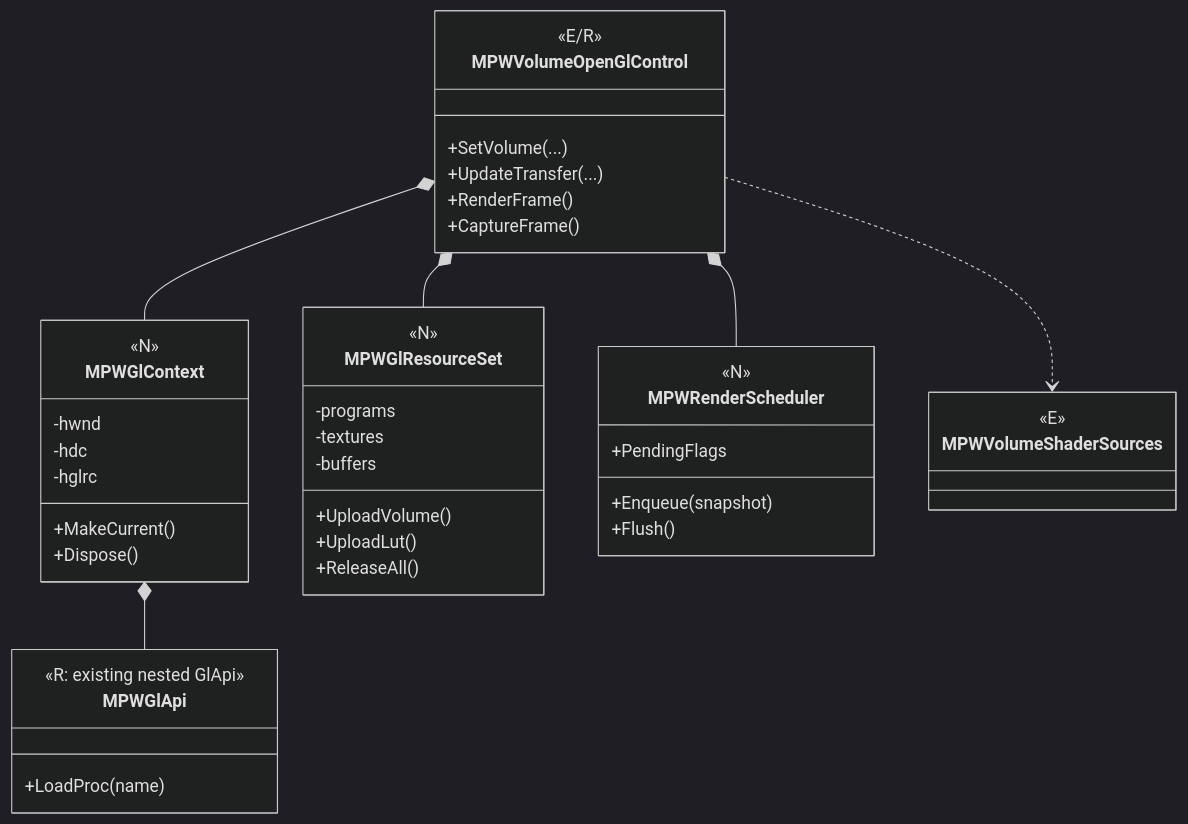
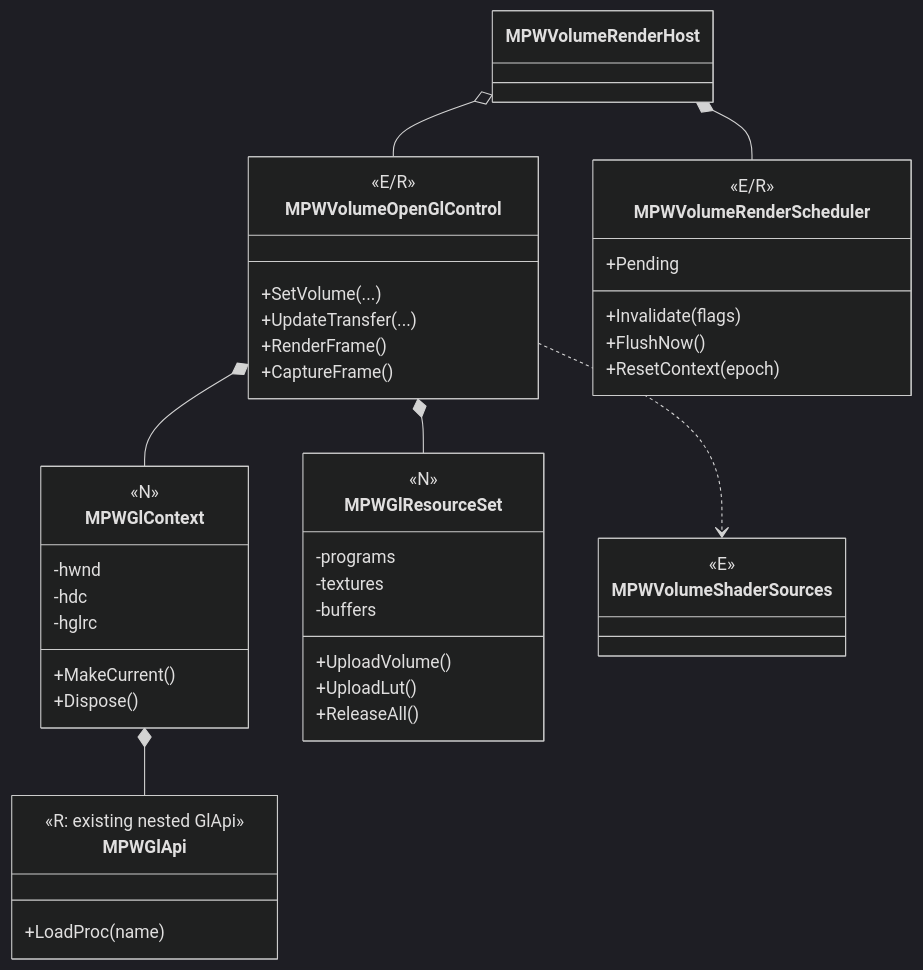
One commit to oudream/cx-visual-x3 changed diagram 19 of 25 in DOCS/Architecture/CxVisual_专业视觉体系#通用三维视觉工作台——整体架构与UML_V2.0.md. Above: the diagram before and after it, drawn with Mermaid (dark theme). The commit also changed other lines of this file and 1 other file, not shown here.

````diff
--- a/DOCS/Architecture/CxVisual_专业视觉体系#通用三维视觉工作台——整体架构与UML_V2.0.md
+++ b/DOCS/Architecture/CxVisual_专业视觉体系#通用三维视觉工作台——整体架构与UML_V2.0.md
@@ -1031,46 +1068,48 @@
 ```mermaid
 classDiagram
  direction TB
  class MPWVolumeOpenGlControl {
    <<E/R>>
    +SetVolume(...)
    +UpdateTransfer(...)
    +RenderFrame()
    +CaptureFrame()
  }
  class MPWGlContext {
    <<N>>
    -hwnd
    -hdc
    -hglrc
    +MakeCurrent()
    +Dispose()
  }
  class MPWGlResourceSet {
    <<N>>
    -programs
    -textures
    -buffers
    +UploadVolume()
    +UploadLut()
    +ReleaseAll()
  }
  class MPWGlApi {
    <<R: existing nested GlApi>>
    +LoadProc(name)
  }
- class MPWRenderScheduler {
-   <<N>>
-   +PendingFlags
-   +Enqueue(snapshot)
-   +Flush()
+ class MPWVolumeRenderScheduler {
+   <<E/R>>
+   +Pending
+   +Invalidate(flags)
+   +FlushNow()
+   +ResetContext(epoch)
  }
  class MPWVolumeShaderSources {
    <<E>>
  }
  MPWVolumeOpenGlControl *-- MPWGlContext
  MPWVolumeOpenGlControl *-- MPWGlResourceSet
- MPWVolumeOpenGlControl *-- MPWRenderScheduler
+ MPWVolumeRenderHost *-- MPWVolumeRenderScheduler
+ MPWVolumeRenderHost o-- MPWVolumeOpenGlControl
  MPWGlContext *-- MPWGlApi
  MPWVolumeOpenGlControl ..> MPWVolumeShaderSources
 ```
````
